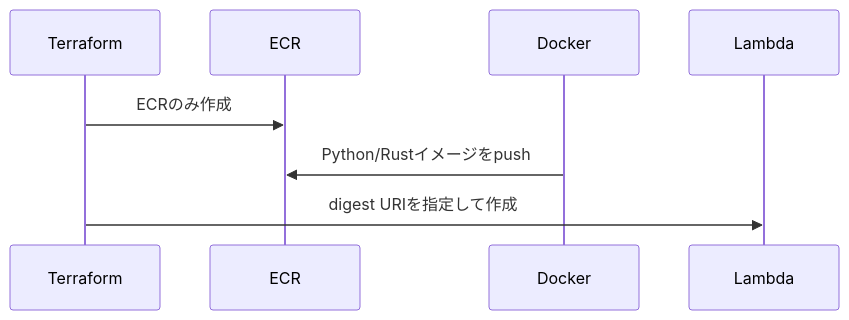
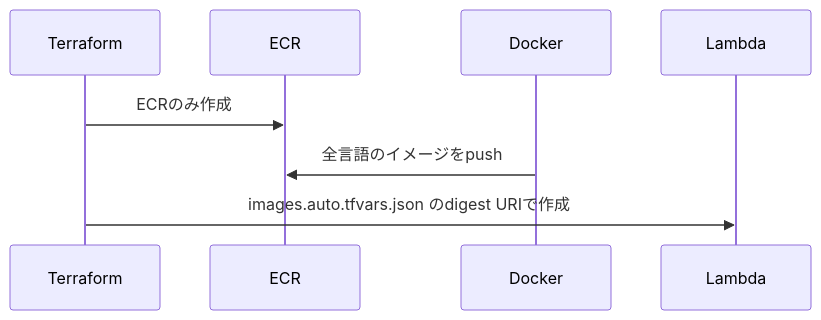
The second of 3 diagrams in docs/06_AWSデプロイ手順.md (Equ1N-0-X/lambda-runtime-lab), drawn with Mermaid before and after one commit. The commit also changed other lines of this file and 47 other files, not shown here.

````diff
--- a/docs/06_AWSデプロイ手順.md
+++ b/docs/06_AWSデプロイ手順.md
@@ -59,10 +61,10 @@
 ```mermaid
 sequenceDiagram
   participant T as Terraform
   participant E as ECR
   participant D as Docker
   participant L as Lambda
   T->>E: ECRのみ作成
-  D->>E: Python/Rustイメージをpush
-  T->>L: digest URIを指定して作成
+  D->>E: 全言語のイメージをpush
+  T->>L: images.auto.tfvars.json のdigest URIで作成
 ```
````
